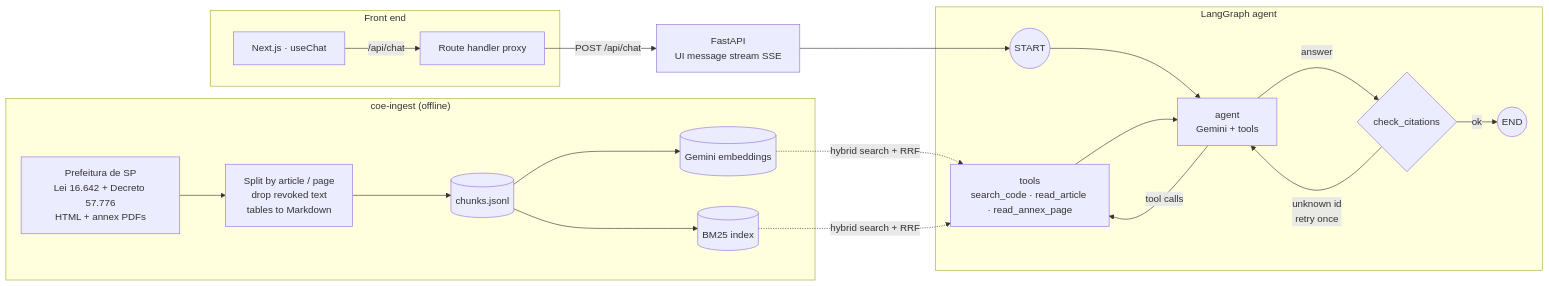
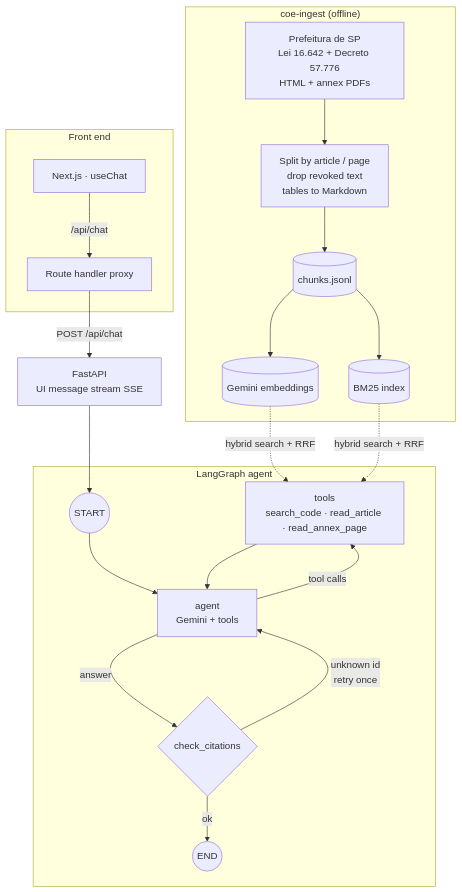
One commit to JuliaNazka/sp-building-code-agent changed the diagram in README.md. Above: the diagram before and after it, drawn with Mermaid.

Commit message:
README: vertical architecture diagram for readability

````diff
--- a/README.md
+++ b/README.md
@@ -26,25 +26,25 @@
 ```mermaid
-flowchart LR
+flowchart TB
     subgraph Ingest["coe-ingest (offline)"]
         A[Prefeitura de SP<br/>Lei 16.642 + Decreto 57.776<br/>HTML + annex PDFs] --> B[Split by article / page<br/>drop revoked text<br/>tables to Markdown]
         B --> C[(chunks.jsonl)]
         C --> D[(Gemini embeddings)]
         C --> E[(BM25 index)]
     end
 
     subgraph Graph["LangGraph agent"]
         S((START)) --> AG[agent<br/>Gemini + tools]
         AG -- tool calls --> T[tools<br/>search_code · read_article · read_annex_page]
         T --> AG
         AG -- answer --> CC{check_citations}
         CC -- unknown id<br/>retry once --> AG
         CC -- ok --> END((END))
     end
 
     D & E -. hybrid search + RRF .-> T
 
     subgraph Web["Front end"]
         UI[Next.js · useChat] -- /api/chat --> P[Route handler proxy]
     end
     P -- POST /api/chat --> F[FastAPI<br/>UI message stream SSE] --> S
 ```
````
